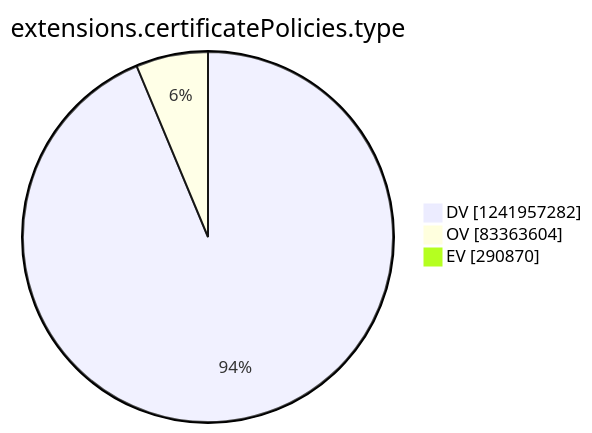
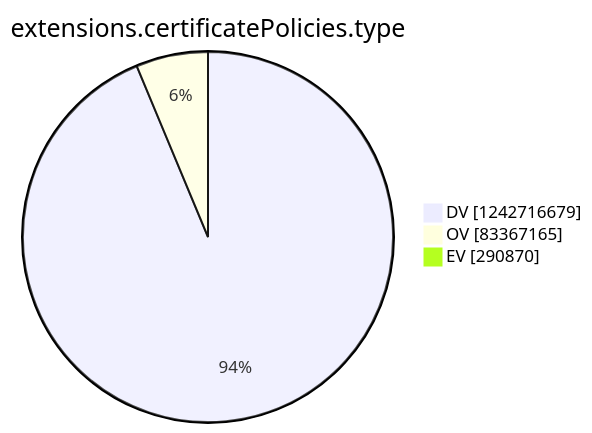
The tenth of 15 diagrams in argon2022/README.md (christiankrug/ctmonitor_visualization), drawn with Mermaid before and after one commit. The commit also changed other lines of this file, not shown here.

````diff
--- a/argon2022/README.md
+++ b/argon2022/README.md
@@ -2771,7 +2771,7 @@
 ```mermaid
 pie showData
 title extensions.certificatePolicies.type
-"DV" :1241957282
-"OV" :83363604
+"DV" :1242716679
+"OV" :83367165
 "EV" :290870
 ```
````
